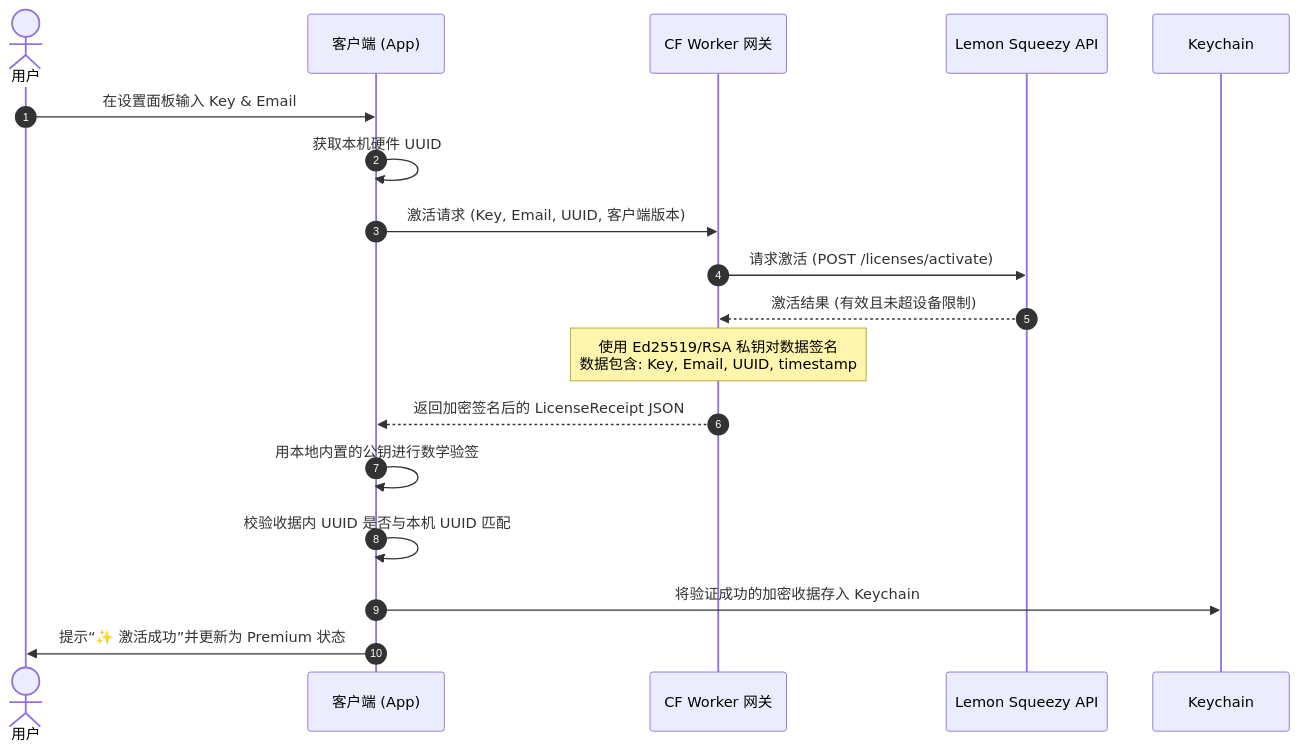
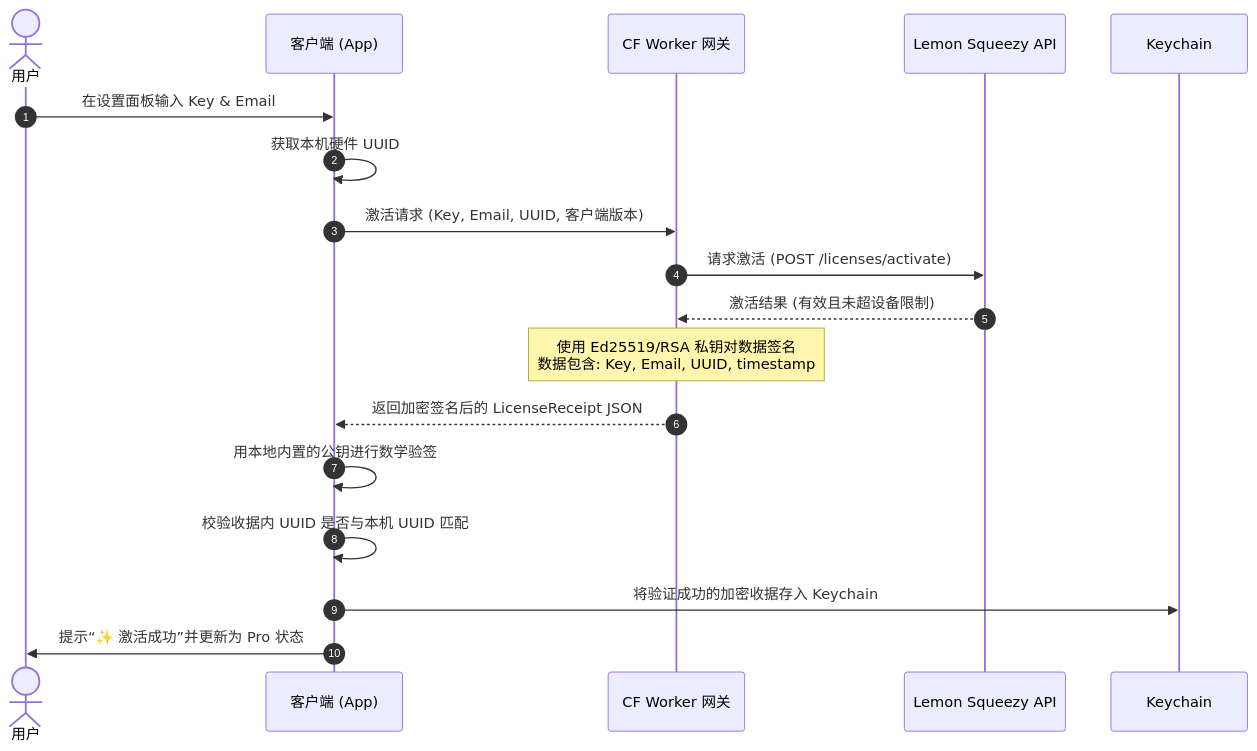
The diagram in docs/superpowers/specs/2026-07-21-lemonsqueezy-license-verification-design.md (benwu232/PhantomKnob), drawn with Mermaid before and after one commit. The commit also changed other lines of this file and 18 other files, not shown here.

Commit message:
refactor: rename free/premium to free/pro across app, tests, specs and website

````diff
--- a/docs/superpowers/specs/2026-07-21-lemonsqueezy-license-verification-design.md
+++ b/docs/superpowers/specs/2026-07-21-lemonsqueezy-license-verification-design.md
@@ -22,20 +22,20 @@
 ```mermaid
 sequenceDiagram
     autonumber
     actor User as 用户
     participant App as 客户端 (App)
     participant Gateway as CF Worker 网关
     participant LS as Lemon Squeezy API
     
     User->>App: 在设置面板输入 Key & Email
     App->>App: 获取本机硬件 UUID
     App->>Gateway: 激活请求 (Key, Email, UUID, 客户端版本)
     Gateway->>LS: 请求激活 (POST /licenses/activate)
     LS-->>Gateway: 激活结果 (有效且未超设备限制)
     Note over Gateway: 使用 Ed25519/RSA 私钥对数据签名<br/>数据包含: Key, Email, UUID, timestamp
     Gateway-->>App: 返回加密签名后的 LicenseReceipt JSON
     App->>App: 用本地内置的公钥进行数学验签
     App->>App: 校验收据内 UUID 是否与本机 UUID 匹配
     App->>Keychain: 将验证成功的加密收据存入 Keychain
-    App->>User: 提示“✨ 激活成功”并更新为 Premium 状态
+    App->>User: 提示“✨ 激活成功”并更新为 Pro 状态
 ```
````
